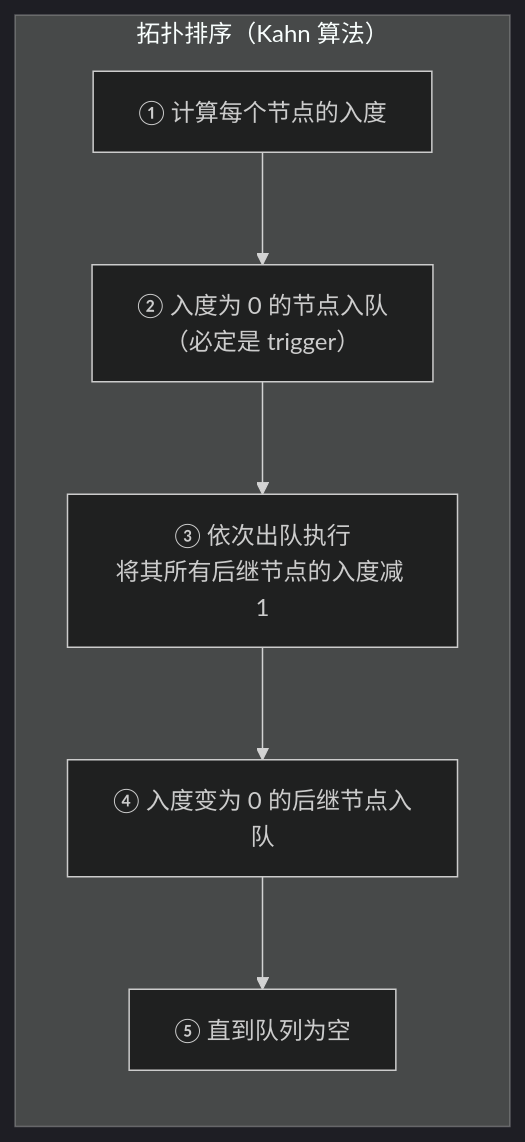
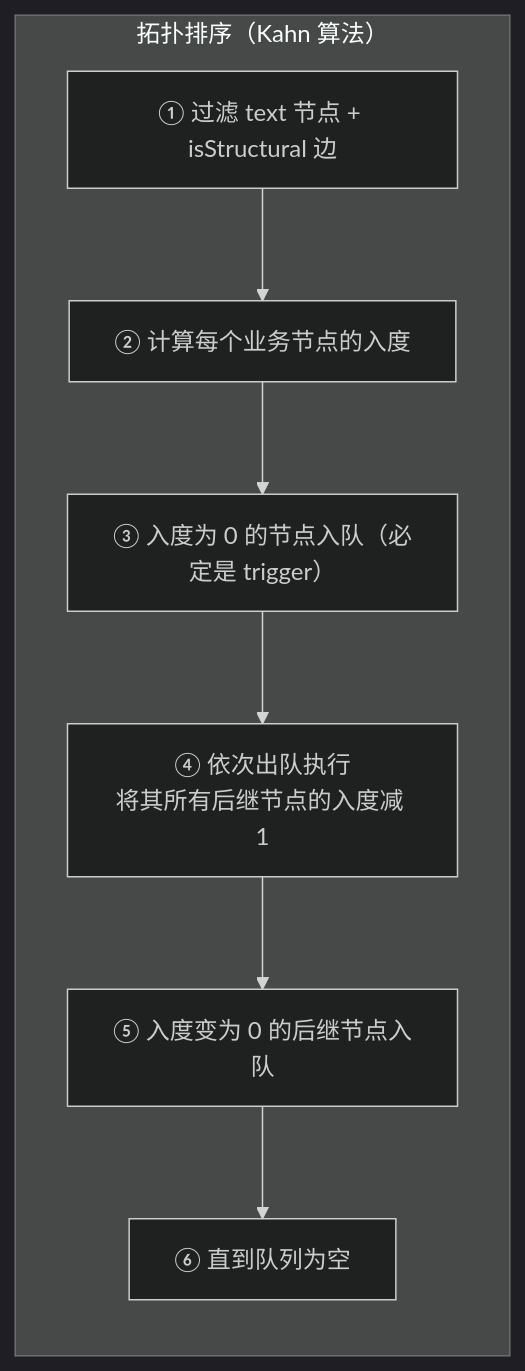
One commit to THZSummer/open-app changed the third of 4 diagrams in .sddu/specs-tree-root/specs-tree-connector-platform-v2/plan-json-schema.md. Above: the diagram before and after it, drawn with Mermaid (dark theme). The commit also changed other lines of this file, not shown here.

First line of the commit message:
docs(plan-json-schema): v7.0 V2全量重写

````diff
--- a/.sddu/specs-tree-root/specs-tree-connector-platform-v2/plan-json-schema.md
+++ b/.sddu/specs-tree-root/specs-tree-connector-platform-v2/plan-json-schema.md
@@ -2350,12 +1433,13 @@
 ```mermaid
-graph TD
+graph TB
     subgraph Kahn["拓扑排序（Kahn 算法）"]
         direction TB
-        S1["① 计算每个节点的入度"]
-        S2["② 入度为 0 的节点入队<br/>（必定是 trigger）"]
-        S3["③ 依次出队执行<br/>将其所有后继节点的入度减 1"]
-        S4["④ 入度变为 0 的后继节点入队"]
-        S5["⑤ 直到队列为空"]
-        S1 --> S2 --> S3 --> S4 --> S5
+        S1["① 过滤 text 节点 + isStructural 边"]
+        S2["② 计算每个业务节点的入度"]
+        S3["③ 入度为 0 的节点入队（必定是 trigger）"]
+        S4["④ 依次出队执行<br/>将其所有后继节点的入度减 1"]
+        S5["⑤ 入度变为 0 的后继节点入队"]
+        S6["⑥ 直到队列为空"]
+        S1 --> S2 --> S3 --> S4 --> S5 --> S6
     end
 ```
````
